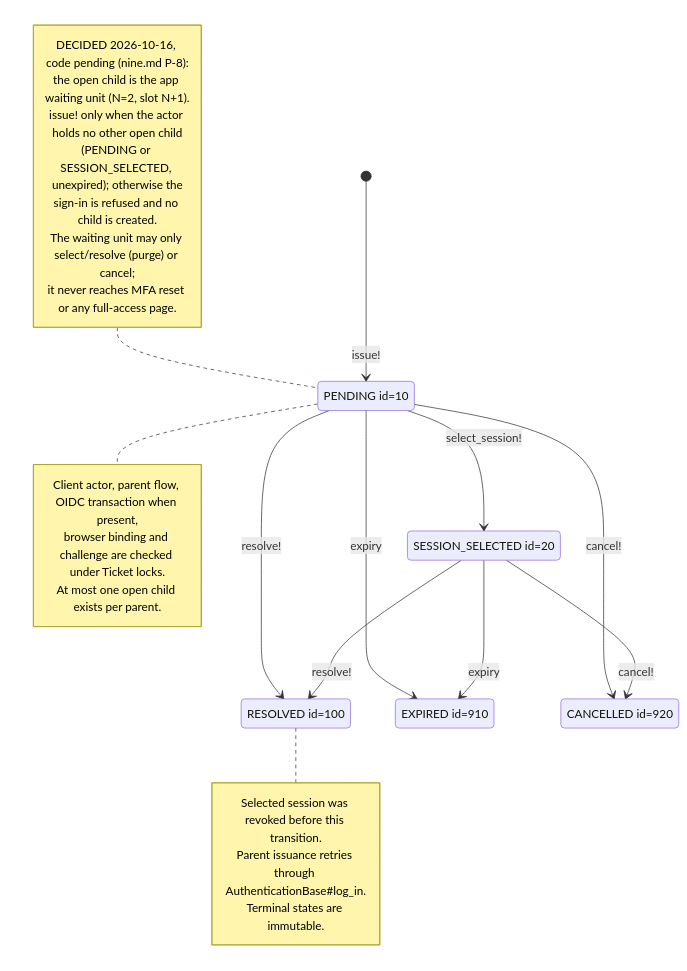
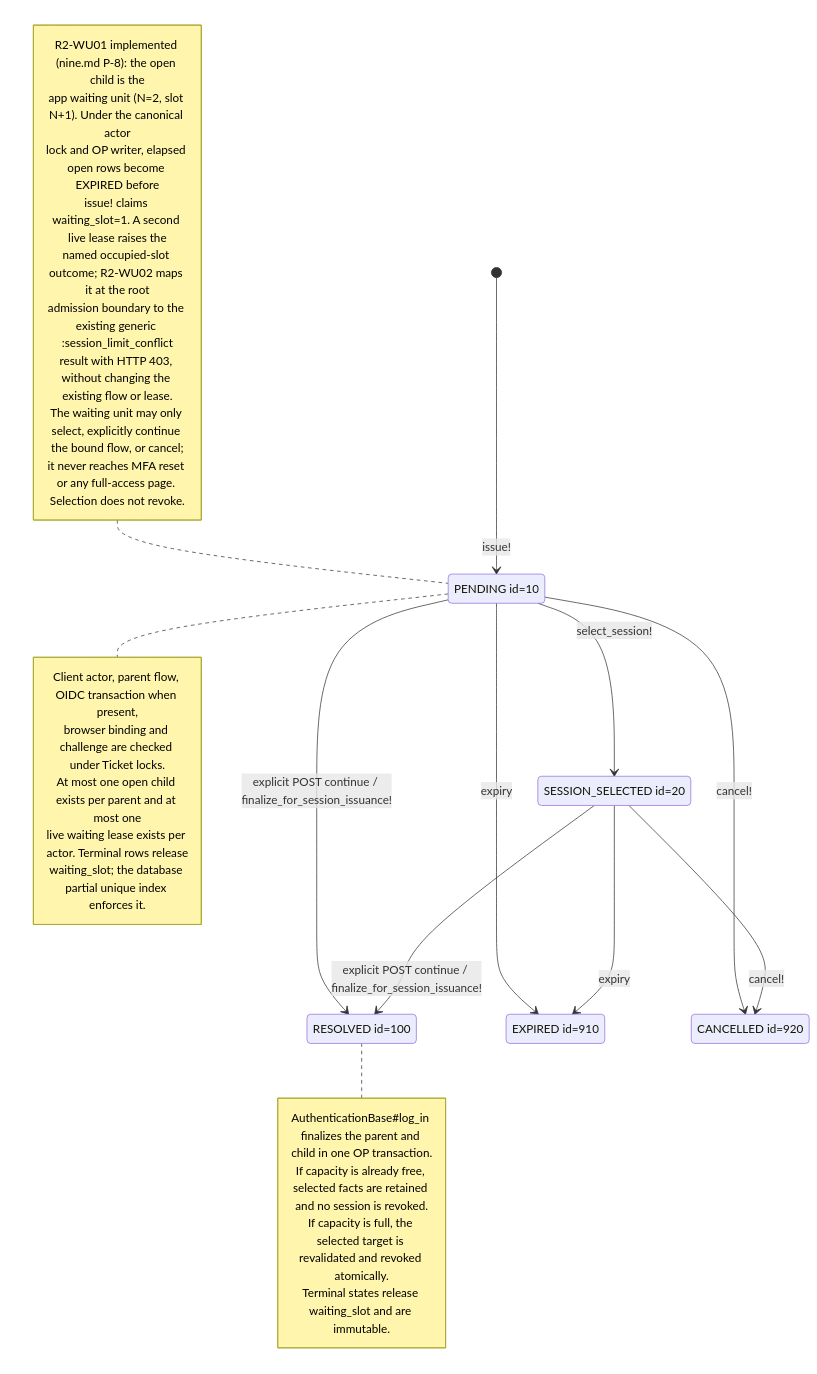
One commit to seahal/umaxica-apps-jit-global changed the diagram in docs/mermaid/idp-client-session-limit-resolution.mmd. Above: the diagram before and after it, drawn with Mermaid. The commit also changed 1700 other files, not shown here.

```diff
--- a/docs/mermaid/idp-client-session-limit-resolution.mmd
+++ b/docs/mermaid/idp-client-session-limit-resolution.mmd
@@ -1,36 +1,41 @@
 stateDiagram-v2
     %% Durable child of ClientSignInFlow; the parent stays SESSION_ISSUANCE_PENDING.
     state "PENDING id=10" as PENDING
     state "SESSION_SELECTED id=20" as SESSION_SELECTED
     state "RESOLVED id=100" as RESOLVED
     state "EXPIRED id=910" as EXPIRED
     state "CANCELLED id=920" as CANCELLED
 
     [*] --> PENDING: issue!
     PENDING --> SESSION_SELECTED: select_session!
-    PENDING --> RESOLVED: resolve!
+    PENDING --> RESOLVED: explicit POST continue / finalize_for_session_issuance!
     PENDING --> EXPIRED: expiry
     PENDING --> CANCELLED: cancel!
-    SESSION_SELECTED --> RESOLVED: resolve!
+    SESSION_SELECTED --> RESOLVED: explicit POST continue / finalize_for_session_issuance!
     SESSION_SELECTED --> EXPIRED: expiry
     SESSION_SELECTED --> CANCELLED: cancel!
 
     note right of PENDING
         Client actor, parent flow, OIDC transaction when present,
         browser binding and challenge are checked under Ticket locks.
-        At most one open child exists per parent.
+        At most one open child exists per parent and at most one
+        live waiting lease exists per actor. Terminal rows release
+        waiting_slot; the database partial unique index enforces it.
     end note
     note left of PENDING
-        DECIDED 2026-10-16, code pending (nine.md P-8):
-        the open child is the app waiting unit (N=2, slot N+1).
-        issue! only when the actor holds no other open child
-        (PENDING or SESSION_SELECTED, unexpired); otherwise the
-        sign-in is refused and no child is created.
-        The waiting unit may only select/resolve (purge) or cancel;
-        it never reaches MFA reset or any full-access page.
+        R2-WU01 implemented (nine.md P-8): the open child is the
+        app waiting unit (N=2, slot N+1). Under the canonical actor
+        lock and OP writer, elapsed open rows become EXPIRED before
+        issue! claims waiting_slot=1. A second live lease raises the
+        named occupied-slot outcome; R2-WU02 maps it at the root
+        admission boundary to the existing generic :session_limit_conflict
+        result with HTTP 403, without changing the existing flow or lease.
+        The waiting unit may only select, explicitly continue the bound flow, or cancel;
+        it never reaches MFA reset or any full-access page. Selection does not revoke.
     end note
     note right of RESOLVED
-        Selected session was revoked before this transition.
-        Parent issuance retries through AuthenticationBase#log_in.
-        Terminal states are immutable.
+        AuthenticationBase#log_in finalizes the parent and child in one OP transaction.
+        If capacity is already free, selected facts are retained and no session is revoked.
+        If capacity is full, the selected target is revalidated and revoked atomically.
+        Terminal states release waiting_slot and are immutable.
     end note
```
